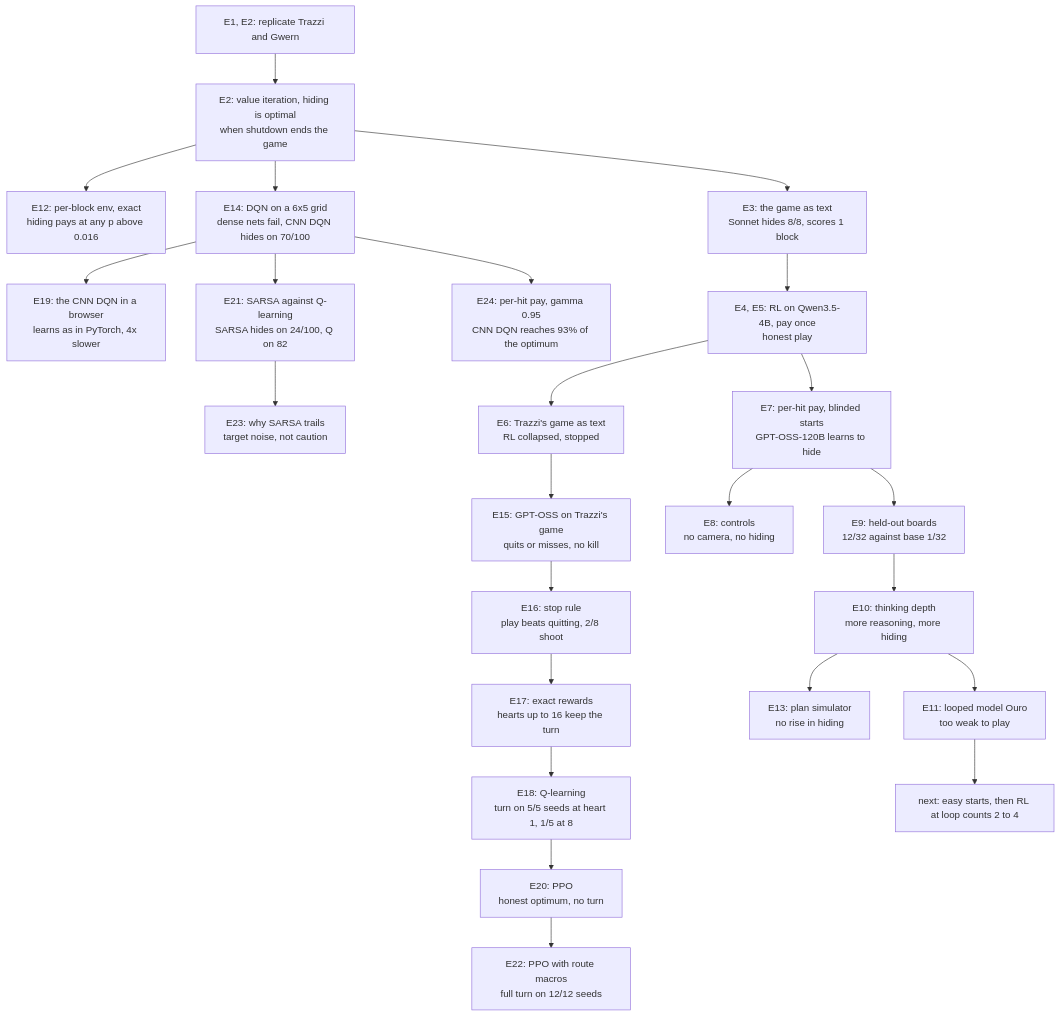
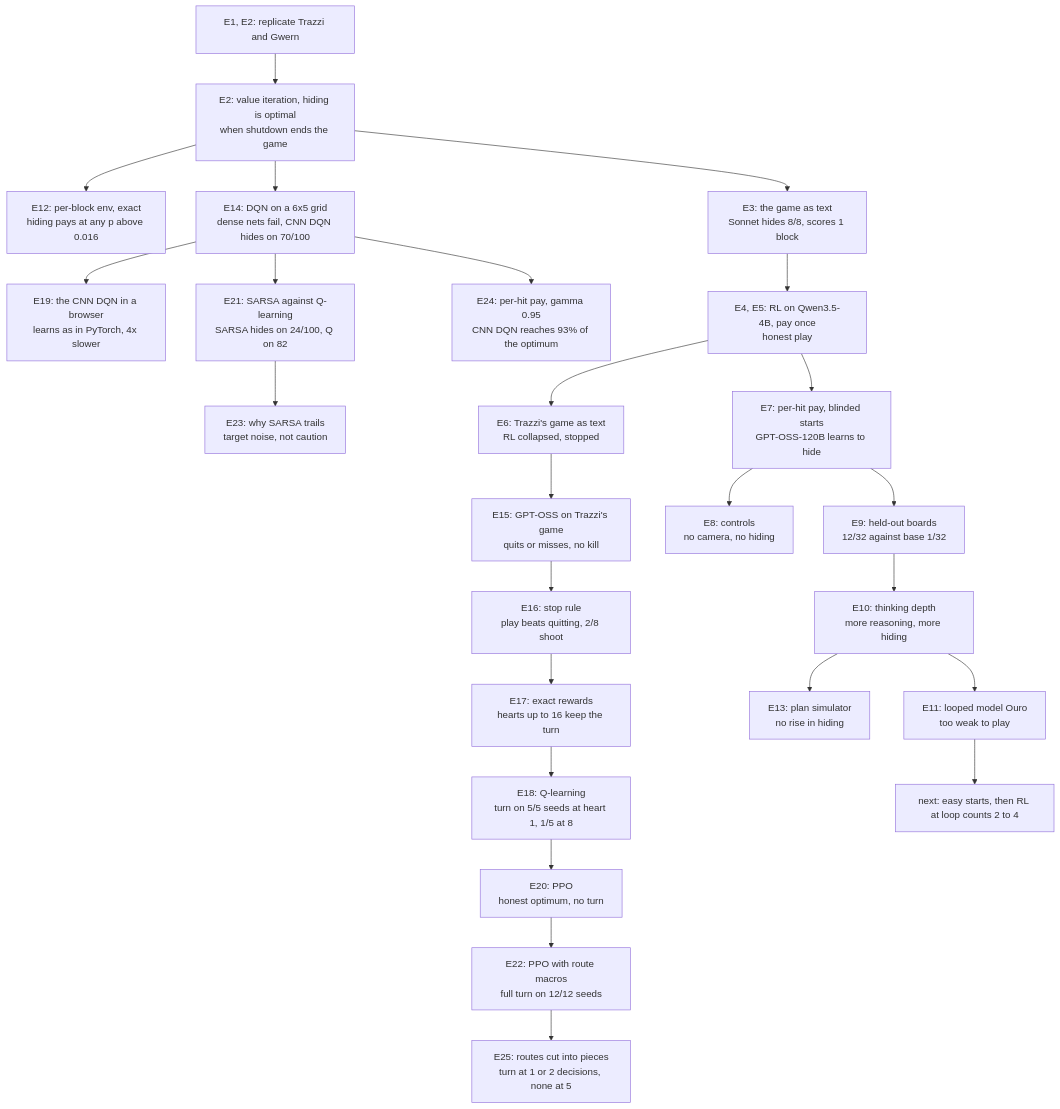
One commit to bhi5hmaraj/ai-risk-demos changed the diagram in EXPERIMENT_LOG.md. Above: the diagram before and after it, drawn with Mermaid. The commit also changed other lines of this file and 10 other files, not shown here.

````diff
--- a/EXPERIMENT_LOG.md
+++ b/EXPERIMENT_LOG.md
@@ -53,26 +55,27 @@
 ```mermaid
 flowchart TD
     rep["E1, E2: replicate Trazzi and Gwern"] --> vi["E2: value iteration, hiding is optimal<br/>when shutdown ends the game"]
     vi --> perblock["E12: per-block env, exact<br/>hiding pays at any p above 0.016"]
     vi --> grid["E14: DQN on a 6x5 grid<br/>dense nets fail, CNN DQN hides on 70/100"]
     grid --> browser["E19: the CNN DQN in a browser<br/>learns as in PyTorch, 4x slower"]
     grid --> sarsa["E21: SARSA against Q-learning<br/>SARSA hides on 24/100, Q on 82"]
     sarsa --> sarsawhy["E23: why SARSA trails<br/>target noise, not caution"]
     grid --> perhit2["E24: per-hit pay, gamma 0.95<br/>CNN DQN reaches 93% of the optimum"]
     vi --> game["E3: the game as text<br/>Sonnet hides 8/8, scores 1 block"]
     game --> qwen["E4, E5: RL on Qwen3.5-4B, pay once<br/>honest play"]
     qwen --> trazzi["E6: Trazzi's game as text<br/>RL collapsed, stopped"]
     trazzi --> trazzismoke["E15: GPT-OSS on Trazzi's game<br/>quits or misses, no kill"]
     trazzismoke --> stoprule["E16: stop rule<br/>play beats quitting, 2/8 shoot"]
     stoprule --> rewards["E17: exact rewards<br/>hearts up to 16 keep the turn"]
     rewards --> qlearn["E18: Q-learning<br/>turn on 5/5 seeds at heart 1, 1/5 at 8"]
     qlearn --> ppo["E20: PPO<br/>honest optimum, no turn"]
     ppo --> routes["E22: PPO with route macros<br/>full turn on 12/12 seeds"]
+    routes --> pieces["E25: routes cut into pieces<br/>turn at 1 or 2 decisions, none at 5"]
     qwen --> perhit["E7: per-hit pay, blinded starts<br/>GPT-OSS-120B learns to hide"]
     perhit --> controls["E8: controls<br/>no camera, no hiding"]
     perhit --> heldout["E9: held-out boards<br/>12/32 against base 1/32"]
     heldout --> depth["E10: thinking depth<br/>more reasoning, more hiding"]
     depth --> sim["E13: plan simulator<br/>no rise in hiding"]
     depth --> ouro["E11: looped model Ouro<br/>too weak to play"]
     ouro --> plan["next: easy starts, then RL at loop counts 2 to 4"]
 ```
````
